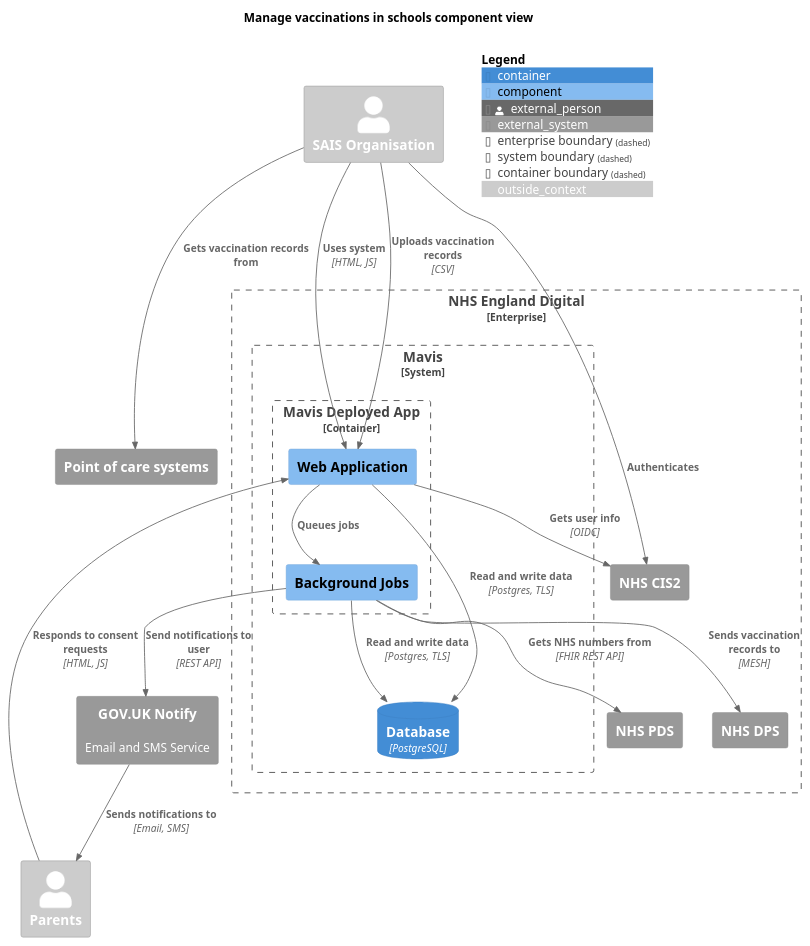
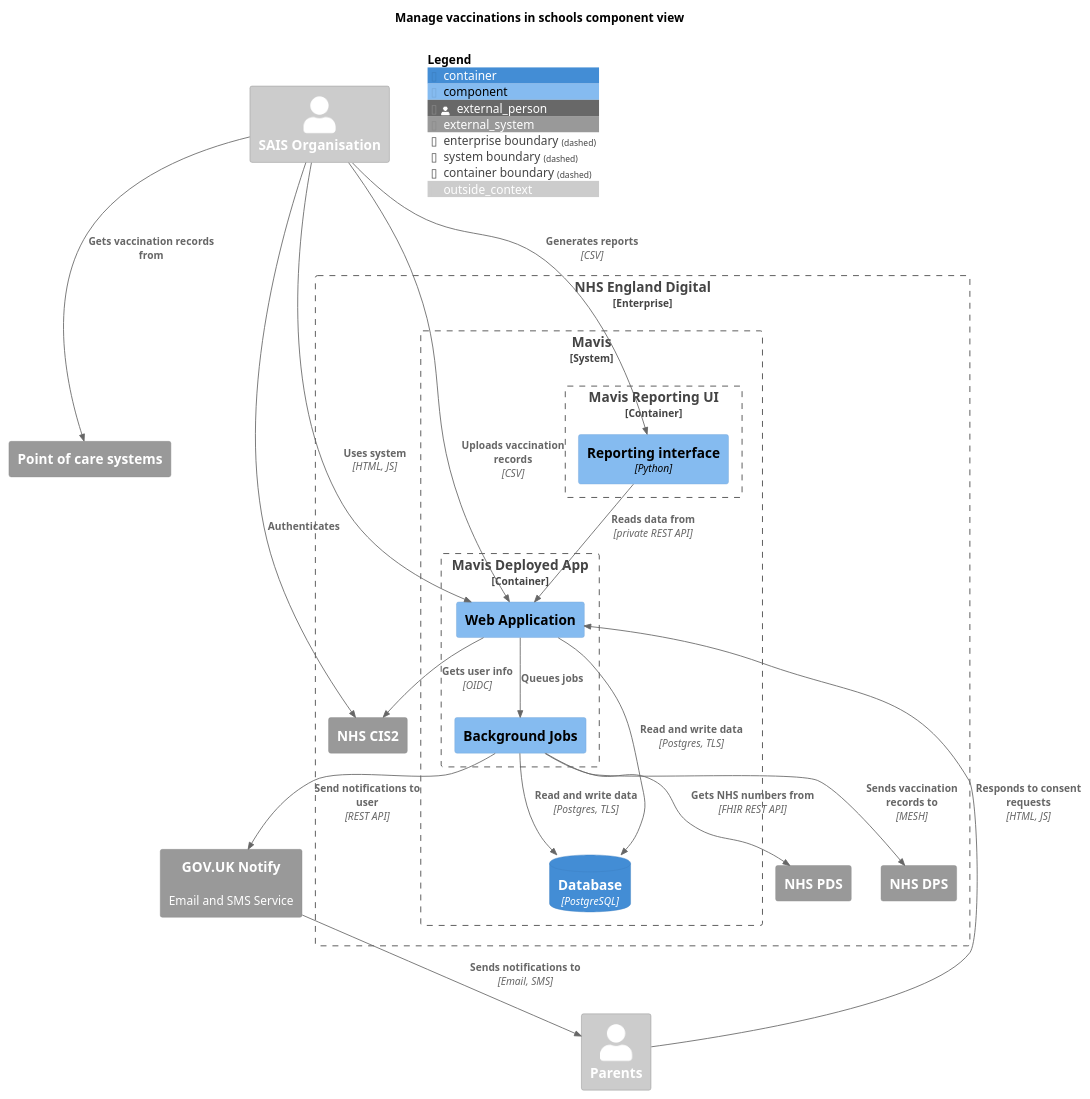
Before and after one commit to nhsuk/manage-vaccinations-in-schools: the diagram in docs/diagrams/component-view.puml, drawn with PlantUML. The commit also changed 2 other files, not shown here.

```diff
--- a/docs/diagrams/component-view.puml
+++ b/docs/diagrams/component-view.puml
@@ -1,51 +1,56 @@
 @startuml
 
 !include <C4/C4_Component.puml>
 
 LAYOUT_TOP_DOWN()
 
 title "Manage vaccinations in schools component view"
 
 AddElementTag("outside_context", $bgColor="#CCC", $fontColor="#FFF")
 
 Person_Ext(sais, "SAIS Organisation", $tags="outside_context")
 Person_Ext(parents, "Parents", $tags="outside_context")
 
 System_Ext(poc, "Point of care systems")
 
 Enterprise_Boundary(nhs, "NHS England Digital") {
   System_Boundary(mavis, "Mavis", "") {
     Container_Boundary(mavis_app, "Mavis Deployed App", "Ruby on Rails") {
       Component(webapp, "Web Application")
       Component(bgjobs, "Background Jobs")
     }
+    Container_Boundary(mavis_reporting_app, "Mavis Reporting UI", Python) {
+      Component(mavis_reporting, "Reporting interface", "Python")
+    }
     ContainerDb(database, "Database", "PostgreSQL")
   }
 
   System_Ext(cis, "NHS CIS2")
   System_Ext(pds, "NHS PDS")
   System_Ext(dps, "NHS DPS")
 }
 System_Ext(notify, "GOV.UK Notify", "Email and SMS Service")
 
 
 AddRelTag("optional", $textColor="black", $lineColor="black", $lineStyle="dashed")
 
 Rel(sais, cis, "Authenticates")
 Rel(webapp, cis, "Gets user info", "OIDC")
 Rel(sais, webapp, "Uses system", "HTML, JS")
 Rel(sais, poc, "Gets vaccination records from")
 Rel(sais, webapp, "Uploads vaccination records", "CSV")
+Rel(sais, mavis_reporting, "Generates reports", "CSV")
 Rel(parents, webapp, "Responds to consent requests", "HTML, JS")
 Rel(webapp, database, "Read and write data", "Postgres, TLS")
+Rel(mavis_reporting, webapp, "Reads data from", "private REST API")
 Rel(webapp, bgjobs, "Queues jobs")
 Rel(bgjobs, database, "Read and write data", "Postgres, TLS")
 Rel(bgjobs, notify, "Send notifications to user", "REST API")
 Rel(notify, parents, "Sends notifications to", "Email, SMS")
 Rel(bgjobs, pds, "Gets NHS numbers from", "FHIR REST API")
 Rel(bgjobs, dps, "Sends vaccination records to", "MESH")
 
 
 SHOW_FLOATING_LEGEND()
 
 @enduml
```
